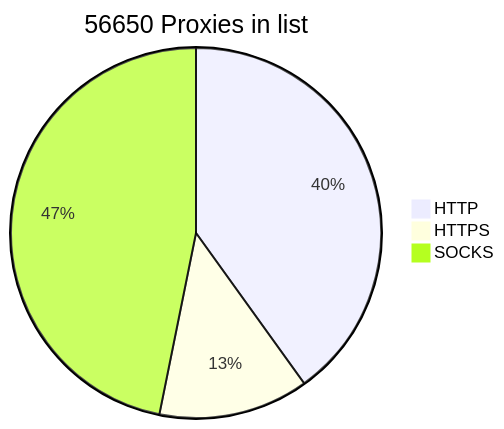
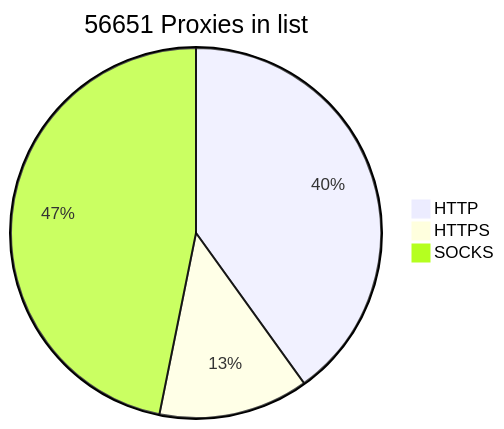
The diagram in README.md (BlackSnowDot/proxylist-update-every-minute), drawn with Mermaid before and after one commit.

````diff
--- a/README.md
+++ b/README.md
@@ -2,6 +2,6 @@
 ```mermaid
-pie title 56650 Proxies in list
+pie title 56651 Proxies in list
     "HTTP" : 25516
     "HTTPS": 8339
-    "SOCKS" : 29813
+    "SOCKS" : 29814
 ```
````
